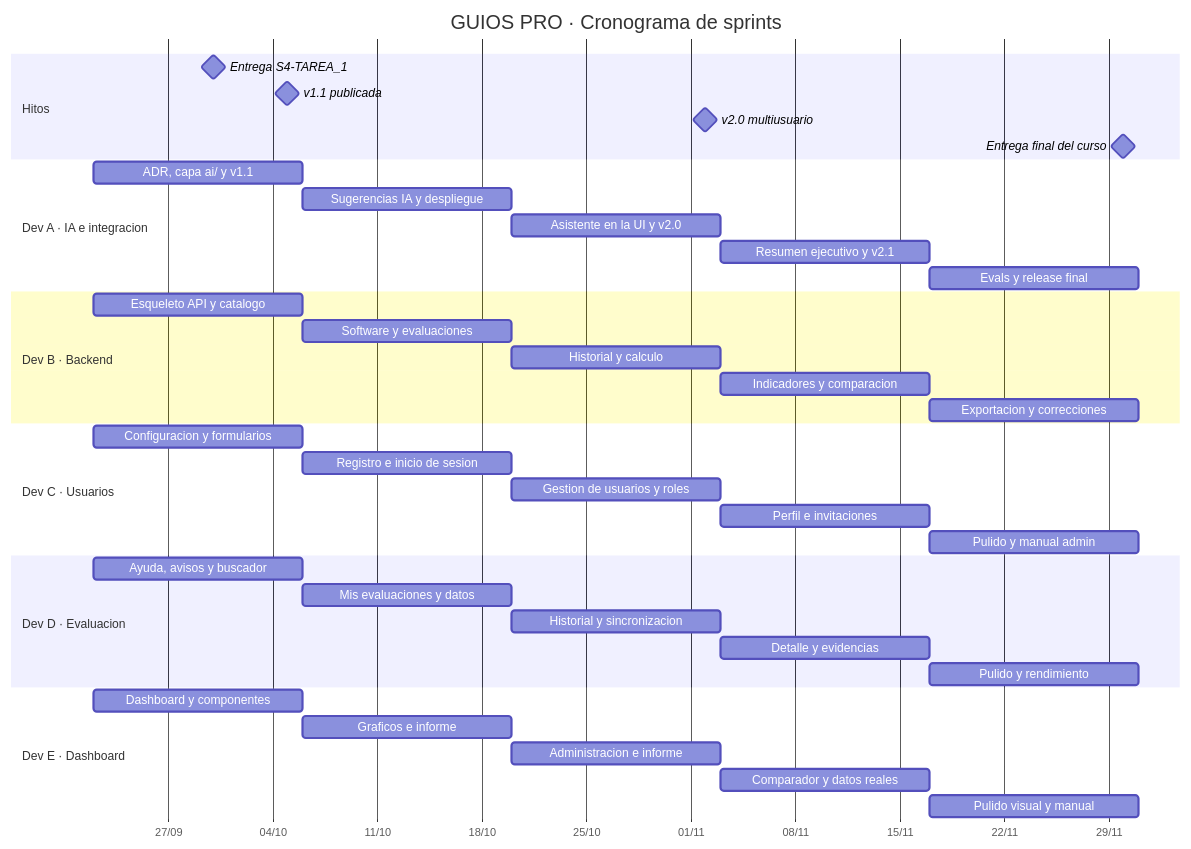
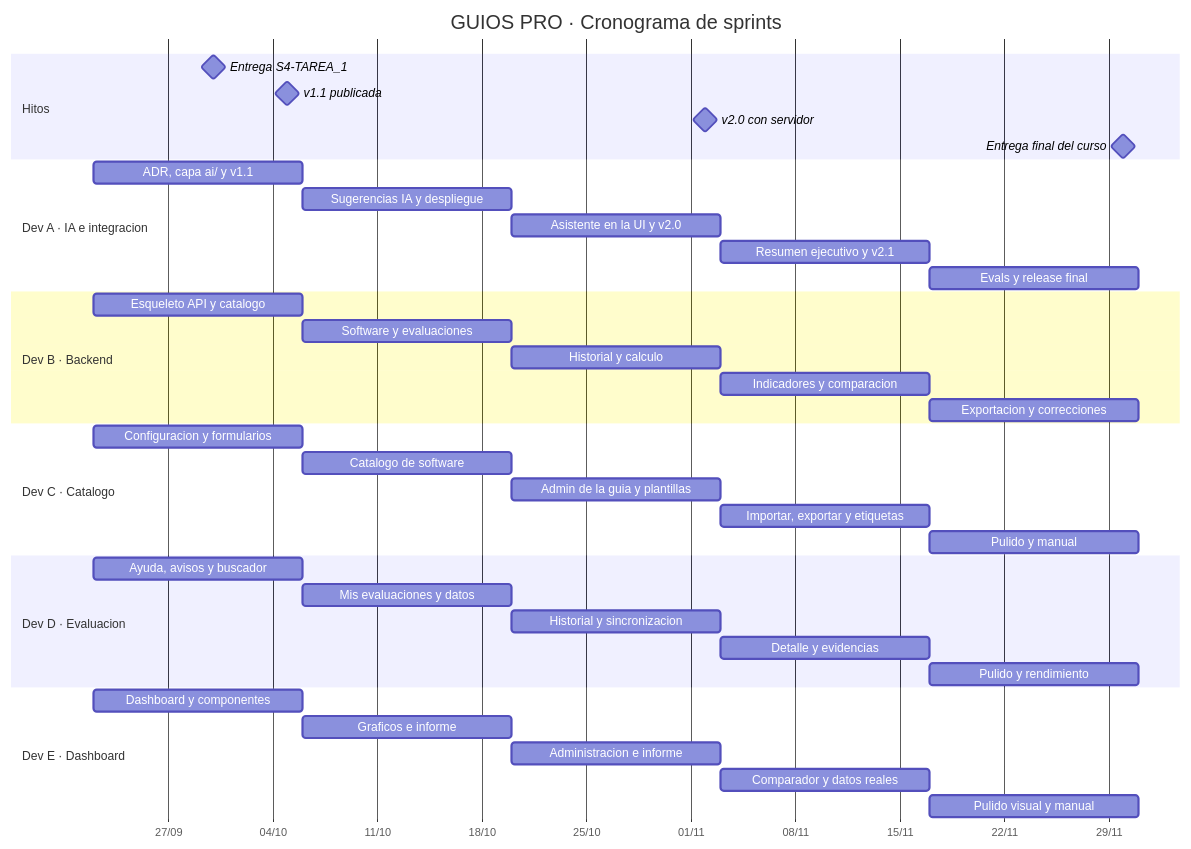
Before and after one commit to FredBrave/Procesos-Tesis-Sistema-CP: the diagram in docs/EQUIPO-Y-CRONOGRAMA.md, drawn with Mermaid. The commit also changed other lines of this file and 6 other files, not shown here.

````diff
--- a/docs/EQUIPO-Y-CRONOGRAMA.md
+++ b/docs/EQUIPO-Y-CRONOGRAMA.md
@@ -98,41 +102,41 @@
 ```mermaid
 gantt
     title GUIOS PRO · Cronograma de sprints
     dateFormat YYYY-MM-DD
     axisFormat %d/%m
     section Hitos
     Entrega S4-TAREA_1        :milestone, m1, 2026-09-30, 0d
     v1.1 publicada            :milestone, m2, 2026-10-05, 0d
-    v2.0 multiusuario         :milestone, m3, 2026-11-02, 0d
+    v2.0 con servidor         :milestone, m3, 2026-11-02, 0d
     Entrega final del curso   :milestone, m4, 2026-11-30, 0d
     section Dev A · IA e integracion
     ADR, capa ai/ y v1.1      :a1, 2026-09-22, 14d
     Sugerencias IA y despliegue:a2, 2026-10-06, 14d
     Asistente en la UI y v2.0 :a3, 2026-10-20, 14d
     Resumen ejecutivo y v2.1  :a4, 2026-11-03, 14d
     Evals y release final     :a5, 2026-11-17, 14d
     section Dev B · Backend
     Esqueleto API y catalogo  :b1, 2026-09-22, 14d
     Software y evaluaciones   :b2, 2026-10-06, 14d
     Historial y calculo       :b3, 2026-10-20, 14d
     Indicadores y comparacion :b4, 2026-11-03, 14d
     Exportacion y correcciones:b5, 2026-11-17, 14d
-    section Dev C · Usuarios
+    section Dev C · Catalogo
     Configuracion y formularios:c1, 2026-09-22, 14d
-    Registro e inicio de sesion:c2, 2026-10-06, 14d
-    Gestion de usuarios y roles:c3, 2026-10-20, 14d
-    Perfil e invitaciones     :c4, 2026-11-03, 14d
-    Pulido y manual admin     :c5, 2026-11-17, 14d
+    Catalogo de software      :c2, 2026-10-06, 14d
+    Admin de la guia y plantillas:c3, 2026-10-20, 14d
+    Importar, exportar y etiquetas:c4, 2026-11-03, 14d
+    Pulido y manual           :c5, 2026-11-17, 14d
     section Dev D · Evaluacion
     Ayuda, avisos y buscador  :d1, 2026-09-22, 14d
     Mis evaluaciones y datos  :d2, 2026-10-06, 14d
     Historial y sincronizacion:d3, 2026-10-20, 14d
     Detalle y evidencias      :d4, 2026-11-03, 14d
     Pulido y rendimiento      :d5, 2026-11-17, 14d
     section Dev E · Dashboard
     Dashboard y componentes   :e1, 2026-09-22, 14d
     Graficos e informe        :e2, 2026-10-06, 14d
     Administracion e informe  :e3, 2026-10-20, 14d
     Comparador y datos reales :e4, 2026-11-03, 14d
     Pulido visual y manual    :e5, 2026-11-17, 14d
 ```
````
